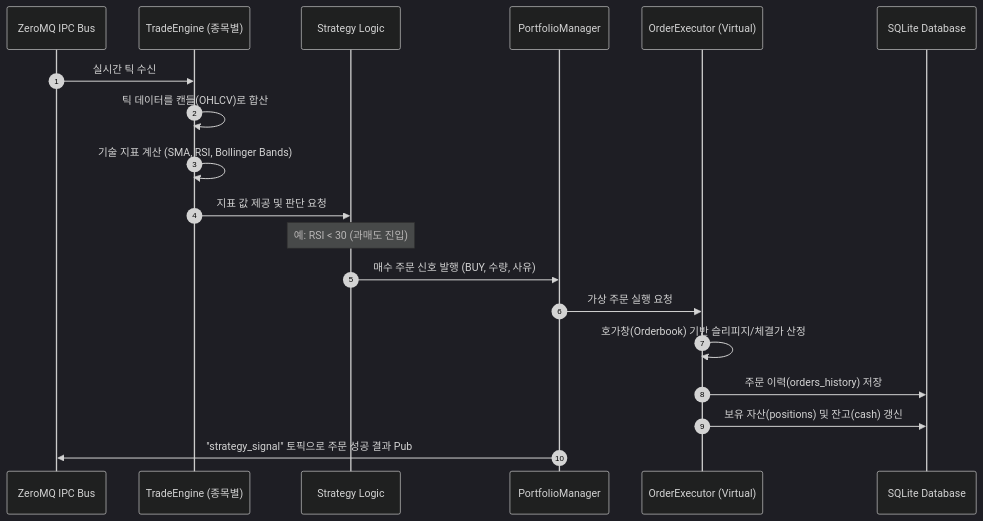
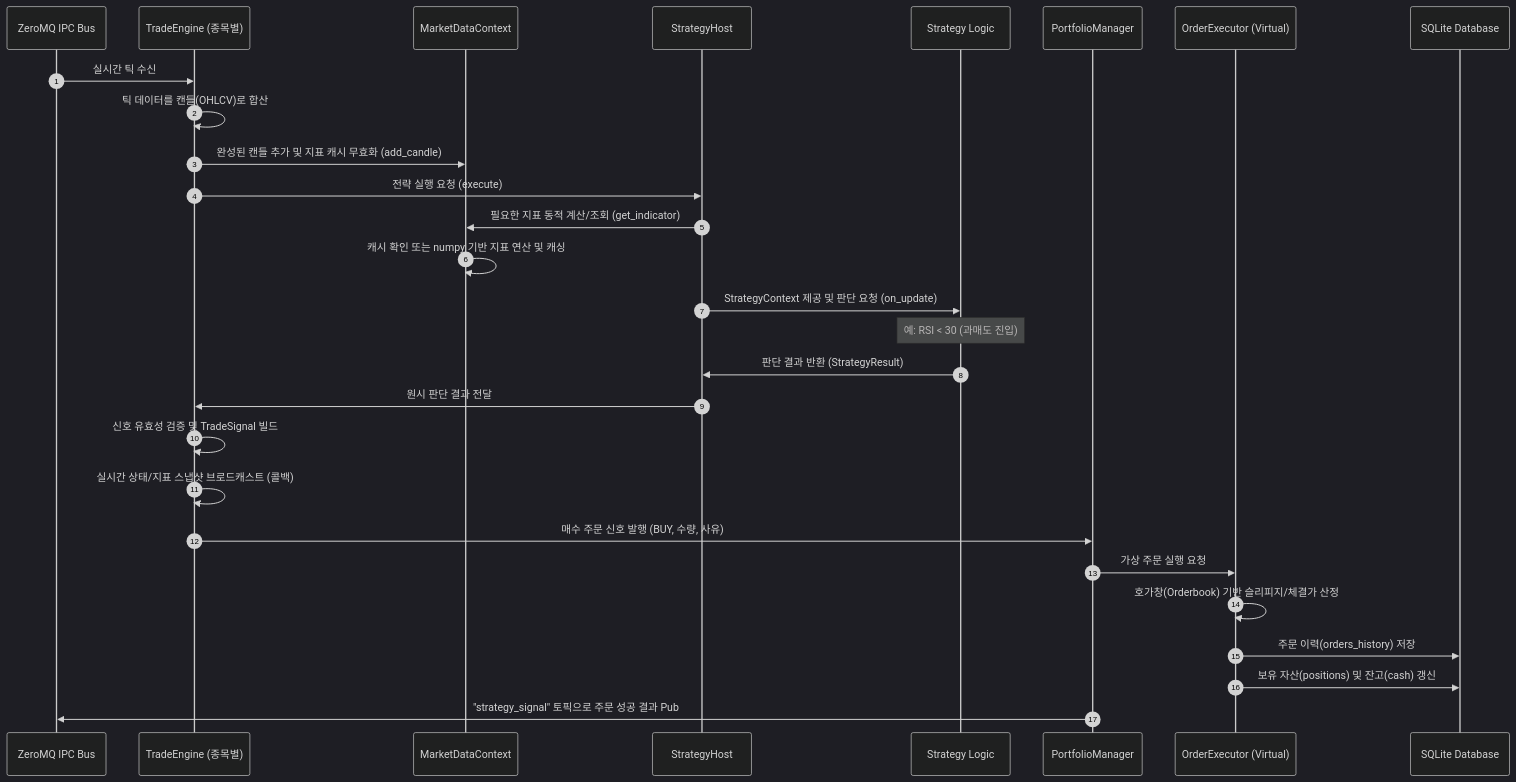
Before and after one commit to yslsoft-ui/ATS: the third of 3 diagrams in docs/architecture.md, drawn with Mermaid (dark theme). The commit also changed other lines of this file and 15 other files, not shown here.

````diff
--- a/docs/architecture.md
+++ b/docs/architecture.md
@@ -117,22 +117,31 @@
 ```mermaid
 sequenceDiagram
     autonumber
     participant ZMQ as ZeroMQ IPC Bus
     participant TE as TradeEngine (종목별)
+    participant MDC as MarketDataContext
+    participant Host as StrategyHost
     participant Strat as Strategy Logic
     participant PM as PortfolioManager
     participant Exec as OrderExecutor (Virtual)
     participant DB as SQLite Database
 
     ZMQ->>TE: 실시간 틱 수신
     TE->>TE: 틱 데이터를 캔들(OHLCV)로 합산
-    TE->>TE: 기술 지표 계산 (SMA, RSI, Bollinger Bands)
-    TE->>Strat: 지표 값 제공 및 판단 요청
+    TE->>MDC: 완성된 캔들 추가 및 지표 캐시 무효화 (add_candle)
+    TE->>Host: 전략 실행 요청 (execute)
+    Host->>MDC: 필요한 지표 동적 계산/조회 (get_indicator)
+    MDC->>MDC: 캐시 확인 또는 numpy 기반 지표 연산 및 캐싱
+    Host->>Strat: StrategyContext 제공 및 판단 요청 (on_update)
     Note over Strat: 예: RSI < 30 (과매도 진입)
-    Strat->>PM: 매수 주문 신호 발행 (BUY, 수량, 사유)
+    Strat->>Host: 판단 결과 반환 (StrategyResult)
+    Host->>TE: 원시 판단 결과 전달
+    TE->>TE: 신호 유효성 검증 및 TradeSignal 빌드
+    TE->>TE: 실시간 상태/지표 스냅샷 브로드캐스트 (콜백)
+    TE->>PM: 매수 주문 신호 발행 (BUY, 수량, 사유)
     PM->>Exec: 가상 주문 실행 요청
     Exec->>Exec: 호가창(Orderbook) 기반 슬리피지/체결가 산정
     Exec->>DB: 주문 이력(orders_history) 저장
     Exec->>DB: 보유 자산(positions) 및 잔고(cash) 갱신
     PM->>ZMQ: "strategy_signal" 토픽으로 주문 성공 결과 Pub
 ```
````
